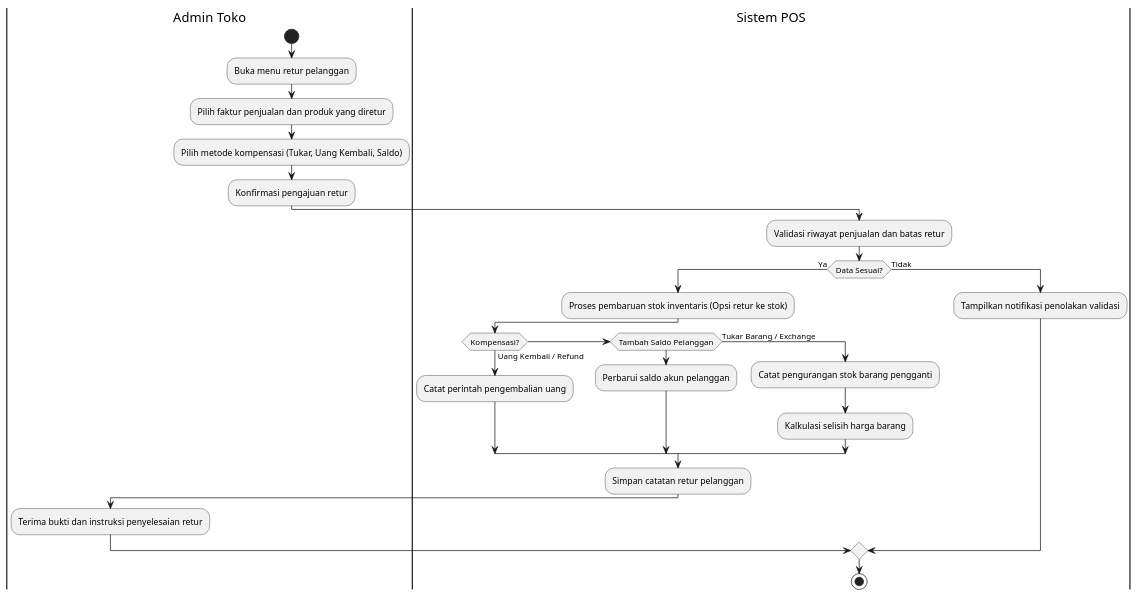
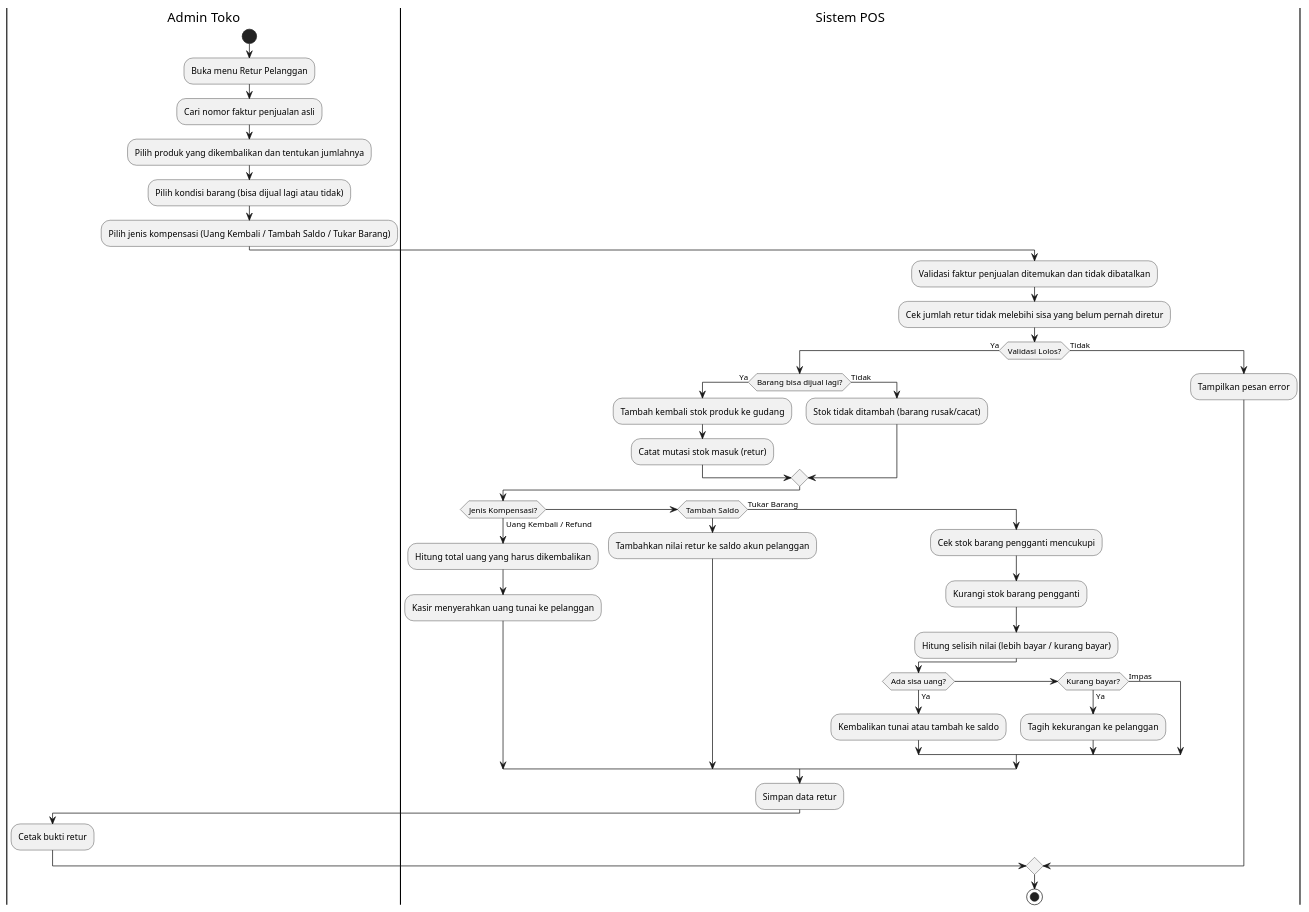
One commit to Aditiarzky/pos-app changed the diagram in docs/uml-activity-return.puml. Above: the diagram before and after it, drawn with PlantUML. The commit also changed 41 other files, not shown here.

```diff
--- a/docs/uml-activity-return.puml
+++ b/docs/uml-activity-return.puml
@@ -1,30 +1,45 @@
 @startuml
 |Admin Toko|
 start
-:Buka menu retur pelanggan;
-:Pilih faktur penjualan dan produk yang diretur;
-:Pilih metode kompensasi (Tukar, Uang Kembali, Saldo);
-:Konfirmasi pengajuan retur;
+:Buka menu Retur Pelanggan;
+:Cari nomor faktur penjualan asli;
+:Pilih produk yang dikembalikan dan tentukan jumlahnya;
+:Pilih kondisi barang (bisa dijual lagi atau tidak);
+:Pilih jenis kompensasi (Uang Kembali / Tambah Saldo / Tukar Barang);
 
 |Sistem POS|
-:Validasi riwayat penjualan dan batas retur;
-if (Data Sesuai?) then (Ya)
-  :Proses pembaruan stok inventaris (Opsi retur ke stok);
-  if (Kompensasi?) then (Uang Kembali / Refund)
-    :Catat perintah pengembalian uang;
-  else if (Tambah Saldo Pelanggan)
-    :Perbarui saldo akun pelanggan;
-  else (Tukar Barang / Exchange)
-    :Catat pengurangan stok barang pengganti;
-    :Kalkulasi selisih harga barang;
+:Validasi faktur penjualan ditemukan dan tidak dibatalkan;
+:Cek jumlah retur tidak melebihi sisa yang belum pernah diretur;
+if (Validasi Lolos?) then (Ya)
+  if (Barang bisa dijual lagi?) then (Ya)
+    :Tambah kembali stok produk ke gudang;
+    :Catat mutasi stok masuk (retur);
+  else (Tidak)
+    :Stok tidak ditambah (barang rusak/cacat);
   endif
-  :Simpan catatan retur pelanggan;
+
+  if (Jenis Kompensasi?) then (Uang Kembali / Refund)
+    :Hitung total uang yang harus dikembalikan;
+    :Kasir menyerahkan uang tunai ke pelanggan;
+  else if (Tambah Saldo)
+    :Tambahkan nilai retur ke saldo akun pelanggan;
+  else (Tukar Barang)
+    :Cek stok barang pengganti mencukupi;
+    :Kurangi stok barang pengganti;
+    :Hitung selisih nilai (lebih bayar / kurang bayar);
+    if (Ada sisa uang?) then (Ya)
+      :Kembalikan tunai atau tambah ke saldo;
+    else if (Kurang bayar?) then (Ya)
+      :Tagih kekurangan ke pelanggan;
+    else (Impas)
+    endif
+  endif
+  :Simpan data retur;
   |Admin Toko|
-  :Terima bukti dan instruksi penyelesaian retur;
+  :Cetak bukti retur;
 else (Tidak)
   |Sistem POS|
-  :Tampilkan notifikasi penolakan validasi;
+  :Tampilkan pesan error;
 endif
-
 stop
 @enduml
```
